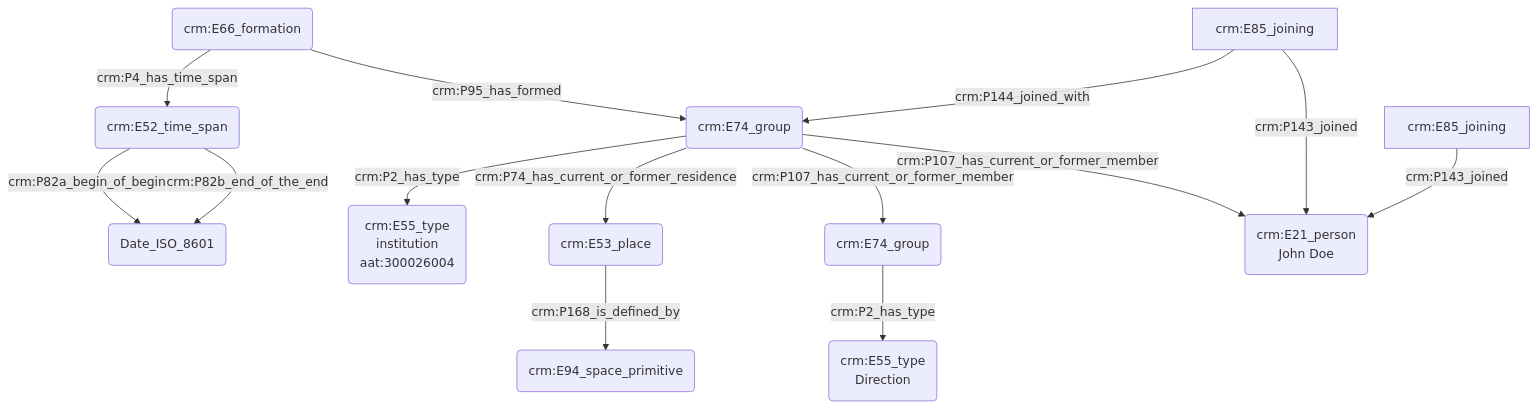
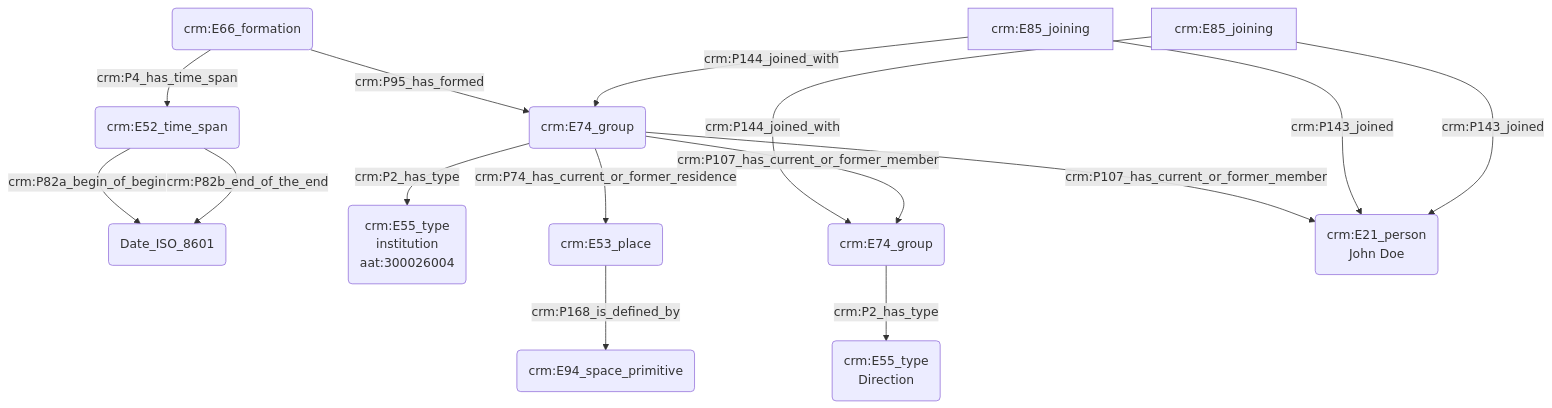
One commit to Amleth/consortium-musica2-gt2-ontologies changed the diagram in modules/livrables/Dossier 2/Prosopographie/statut ou rôle au sein d'une institution.md. Above: the diagram before and after it, drawn with Mermaid.

Commit message:
Update statut ou rôle au sein d'une institution.md

````diff
--- a/modules/livrables/Dossier 2/Prosopographie/statut ou rôle au sein d'une institution.md
+++ b/modules/livrables/Dossier 2/Prosopographie/statut ou rôle au sein d'une institution.md
@@ -11,23 +11,24 @@
 ```mermaid
 graph TD;
 
 P(crm:E66_formation) -->|crm:P4_has_time_span| Q(crm:E52_time_span)
 P(crm:E66_formation) -->|crm:P95_has_formed| M(crm:E74_group)
 Q(crm:E52_time_span) -->|crm:P82a_begin_of_begin| R(Date_ISO_8601)
 Q(crm:E52_time_span) -->|crm:P82b_end_of_the_end| R(Date_ISO_8601)
 M(crm:E74_group) -->|crm:P2_has_type| N(crm:E55_type<br>institution<br>aat:300026004)
+U[crm:E85_joining] ---> |crm:P144_joined_with| S(crm:E74_group)
 M(crm:E74_group) -->|crm:P74_has_current_or_former_residence| O(crm:E53_place)
 O(crm:E53_place) --> |crm:P168_is_defined_by| Y(crm:E94_space_primitive)
 
 L[crm:E85_joining] --> |crm:P144_joined_with| M(crm:E74_group)
 S(crm:E74_group) --> |crm:P2_has_type| T(crm:E55_type<br>Direction)
 
 M(crm:E74_group) --> |crm:P107_has_current_or_former_member| K(crm:E21_person<br>John Doe)
 M(crm:E74_group) --> |crm:P107_has_current_or_former_member| S(crm:E74_group)
 
 L[crm:E85_joining] --->|crm:P143_joined| K(crm:E21_person<br>John Doe)
 U[crm:E85_joining] -->|crm:P143_joined| K(crm:E21_person<br>John Doe)
 
 
 
 ```
````
